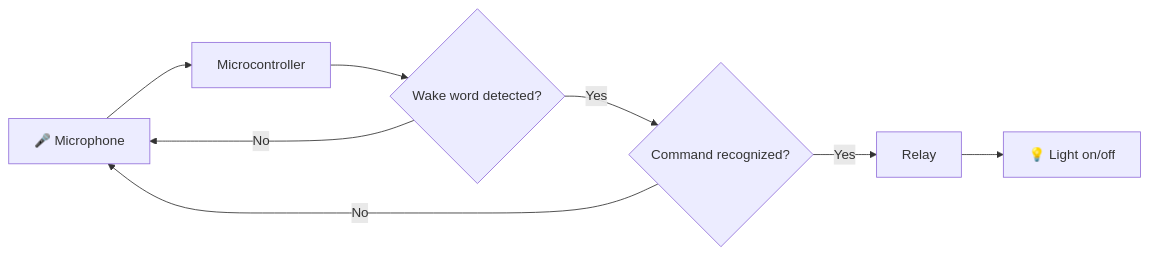
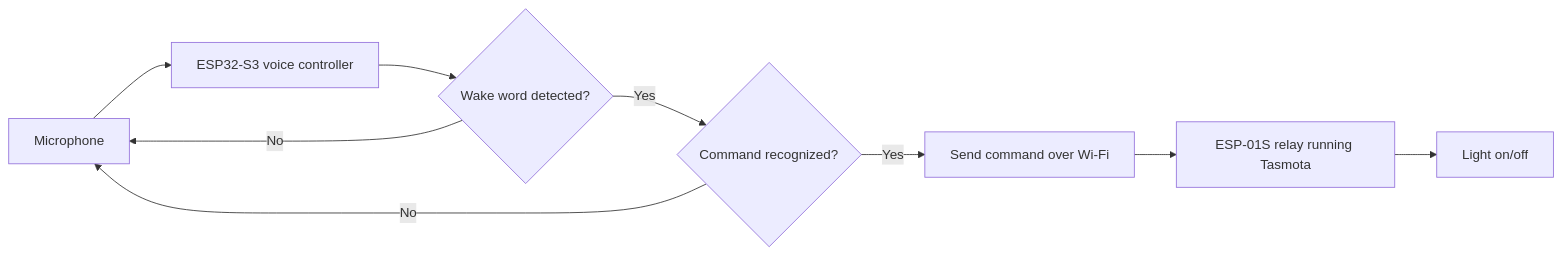
Before and after one commit to Rayankh4n/voice-activated-room-light: the diagram in README.md, drawn with Mermaid. The commit also changed other lines of this file, not shown here.

````diff
--- a/README.md
+++ b/README.md
@@ -55,10 +78,11 @@
 ```mermaid
 flowchart LR
-    A[🎤 Microphone] --> B[Microcontroller]
+    A[Microphone] --> B[ESP32-S3 voice controller]
     B --> C{Wake word detected?}
     C -- No --> A
     C -- Yes --> D{Command recognized?}
     D -- No --> A
-    D -- Yes --> E[Relay]
-    E --> F[💡 Light on/off]
+    D -- Yes --> E[Send command over Wi-Fi]
+    E --> F[ESP-01S relay running Tasmota]
+    F --> G[Light on/off]
 ```
````
